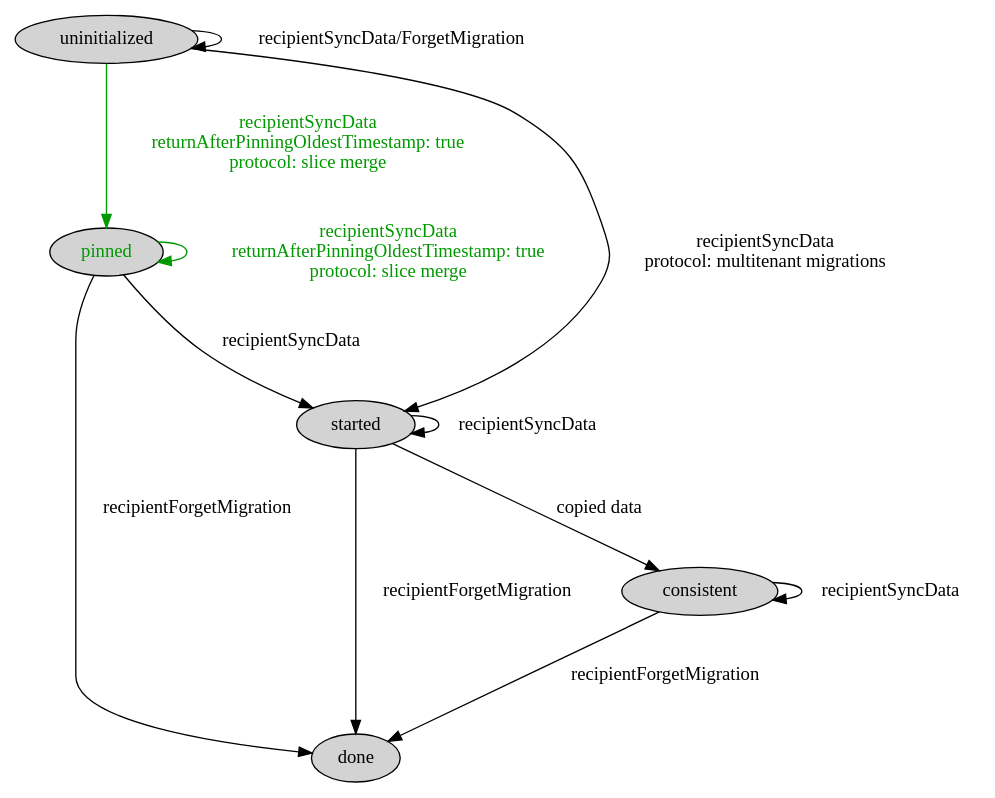
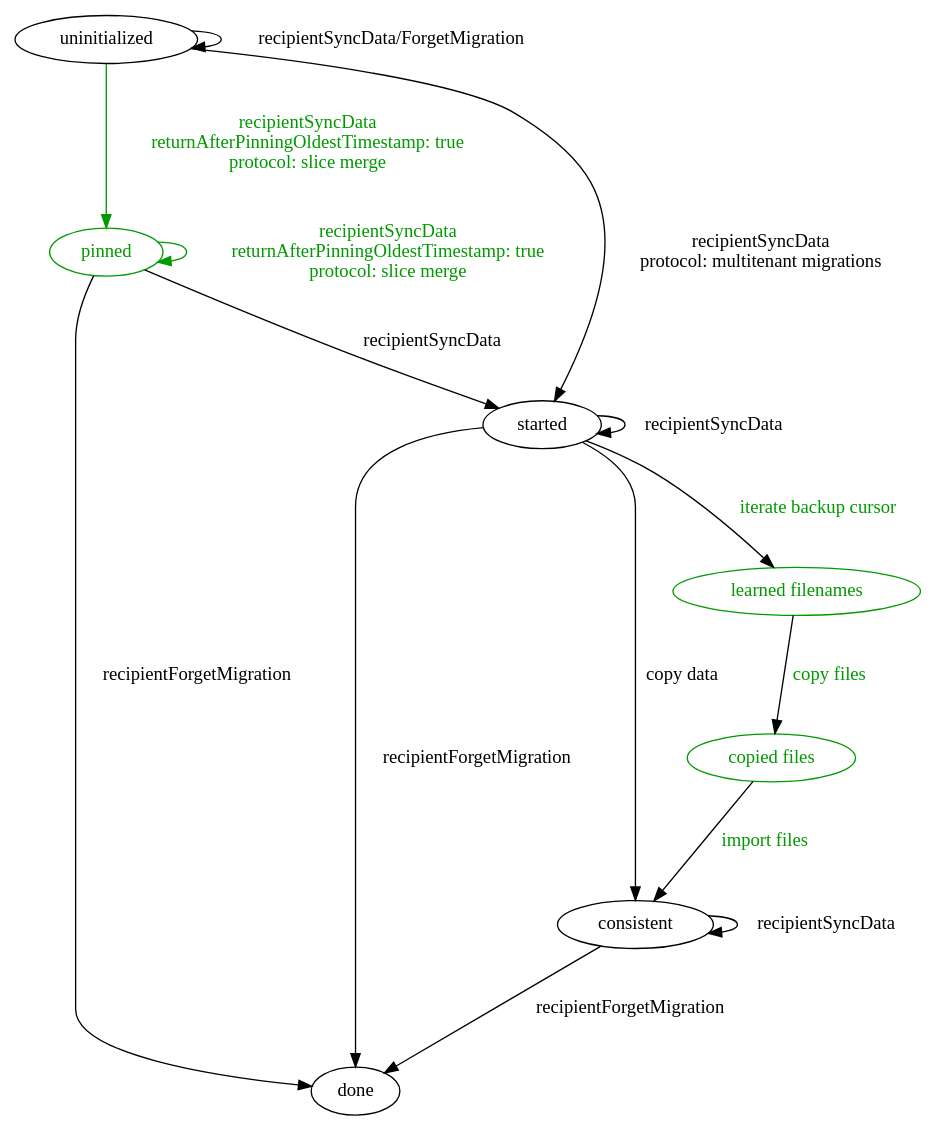
One commit to ajdavis/begin-implementing-merge changed the diagram in merge-recipient.dot. Above: the diagram before and after it, drawn with Graphviz.

Commit message:
Add 2 recipient states

```diff
--- a/merge-recipient.dot
+++ b/merge-recipient.dot
@@ -1,20 +1,24 @@
 digraph G {
-	node [style=filled];
 	edge [minlen=2];
     b0 [label="uninitialized"];
-    b5 [label="pinned", fontcolor="#009900"];
+    b5 [label="pinned", fontcolor="#009900", color="#009900"];
     b1 [label="started"];
+    b6 [label="learned filenames", fontcolor="#009900", color="#009900"];
+    b7 [label="copied files", fontcolor="#009900", color="#009900"];
     b2 [label="consistent"];
     b4 [label="done"];
     b0 -> b0 [label="recipientSyncData/ForgetMigration"];
     b0 -> b1 [label="recipientSyncData\nprotocol: multitenant migrations", weight=0];
     b0 -> b5 [label="recipientSyncData\nreturnAfterPinningOldestTimestamp: true\nprotocol: slice merge"; color="#009900"; fontcolor="#009900"];
     b5 -> b1 [label="recipientSyncData"];
     b5 -> b4 [label="recipientForgetMigration"];
     b5 -> b5 [label="recipientSyncData\nreturnAfterPinningOldestTimestamp: true\nprotocol: slice merge"; color="#009900"; fontcolor="#009900"];
-    b1 -> b2 [label="copied data"];
+    b1 -> b2 [label="copy data"];
+    b1 -> b6 [label="iterate backup cursor", fontcolor="#009900"];
+    b6 -> b7 [label="copy files", fontcolor="#009900"];
+    b7 -> b2 [label="import files", fontcolor="#009900"];
     b1 -> b1 [label="recipientSyncData"];
     b1 -> b4 [label="recipientForgetMigration"];
     b2 -> b2 [label="recipientSyncData"];
     b2 -> b4 [label="recipientForgetMigration"];
 }
```
